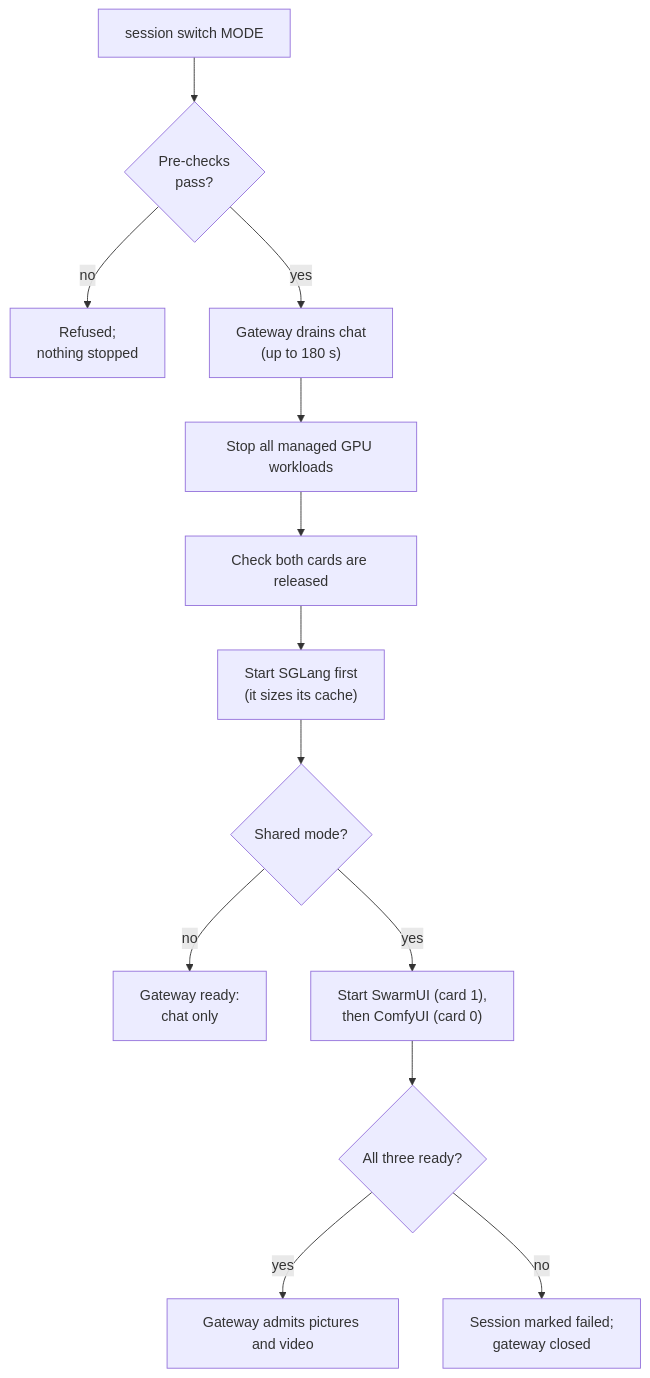
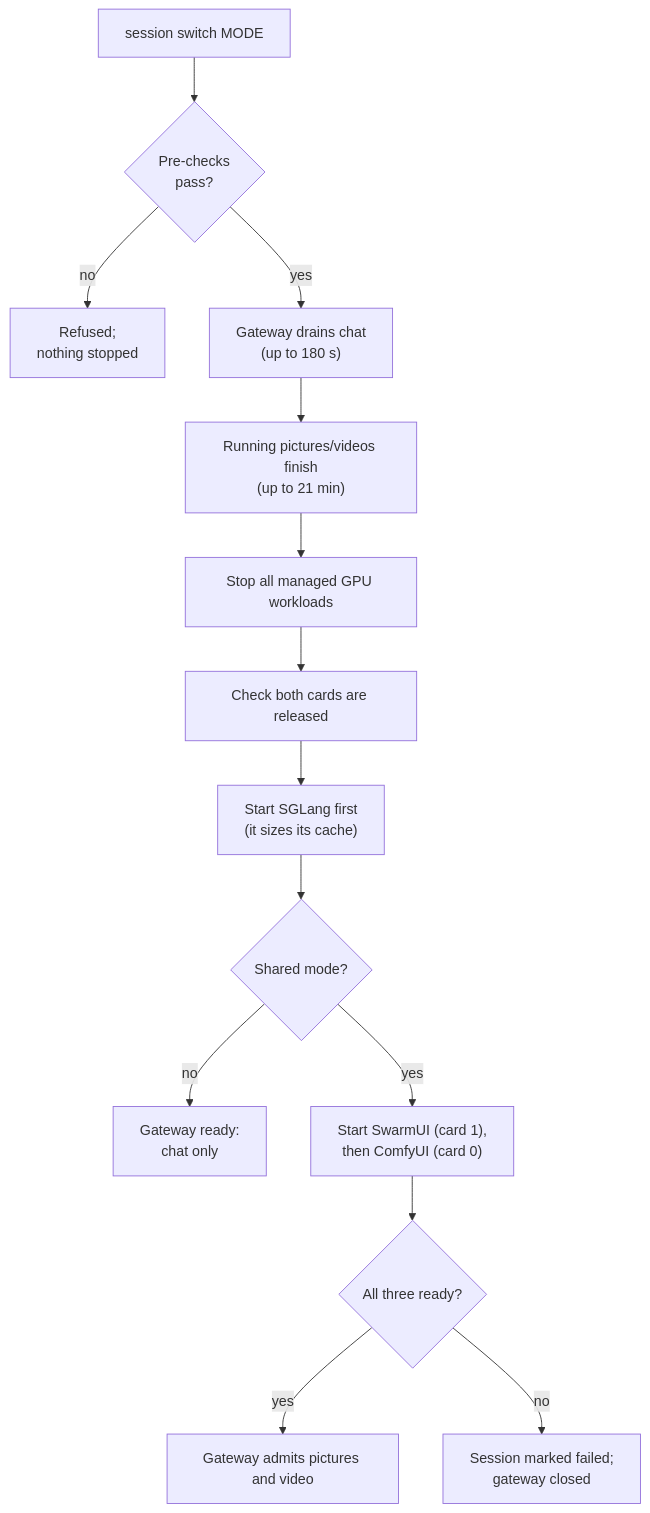
One commit to Drgr33nSenior/ArchLinuxThreadripper changed the second of 2 diagrams in docs/MODES.md. Above: the diagram before and after it, drawn with Mermaid. The commit also changed other lines of this file and 6 other files, not shown here.

````diff
--- a/docs/MODES.md
+++ b/docs/MODES.md
@@ -129,15 +131,16 @@
 ```mermaid
 flowchart TD
   A["session switch MODE"] --> B{"Pre-checks<br/>pass?"}
   B -->|no| X["Refused;<br/>nothing stopped"]
   B -->|yes| Dr["Gateway drains chat<br/>(up to 180 s)"]
-  Dr --> C["Stop all managed GPU workloads"]
+  Dr --> Dm["Running pictures/videos finish<br/>(up to 21 min)"]
+  Dm --> C["Stop all managed GPU workloads"]
   C --> D["Check both cards are released"]
   D --> E["Start SGLang first<br/>(it sizes its cache)"]
   E --> F{"Shared mode?"}
   F -->|no| R["Gateway ready:<br/>chat only"]
   F -->|yes| G["Start SwarmUI (card 1),<br/>then ComfyUI (card 0)"]
   G --> H{"All three ready?"}
   H -->|yes| I["Gateway admits pictures and video"]
   H -->|no| Y["Session marked failed;<br/>gateway closed"]
 ```
````
